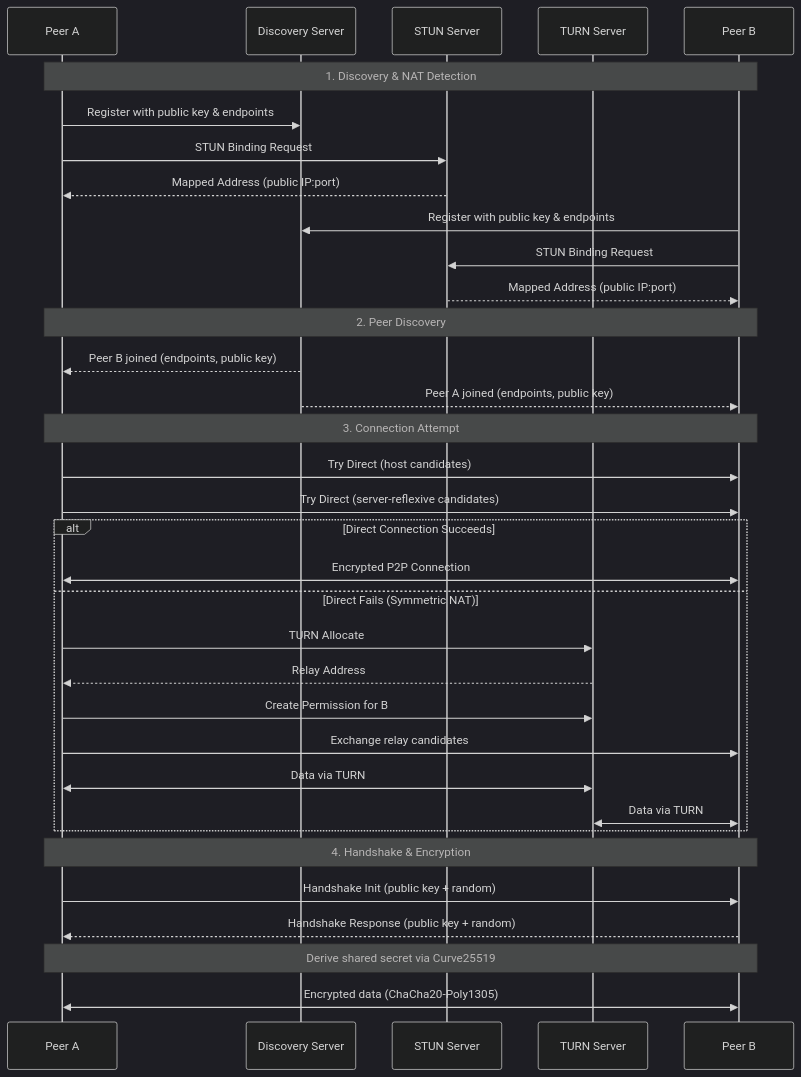
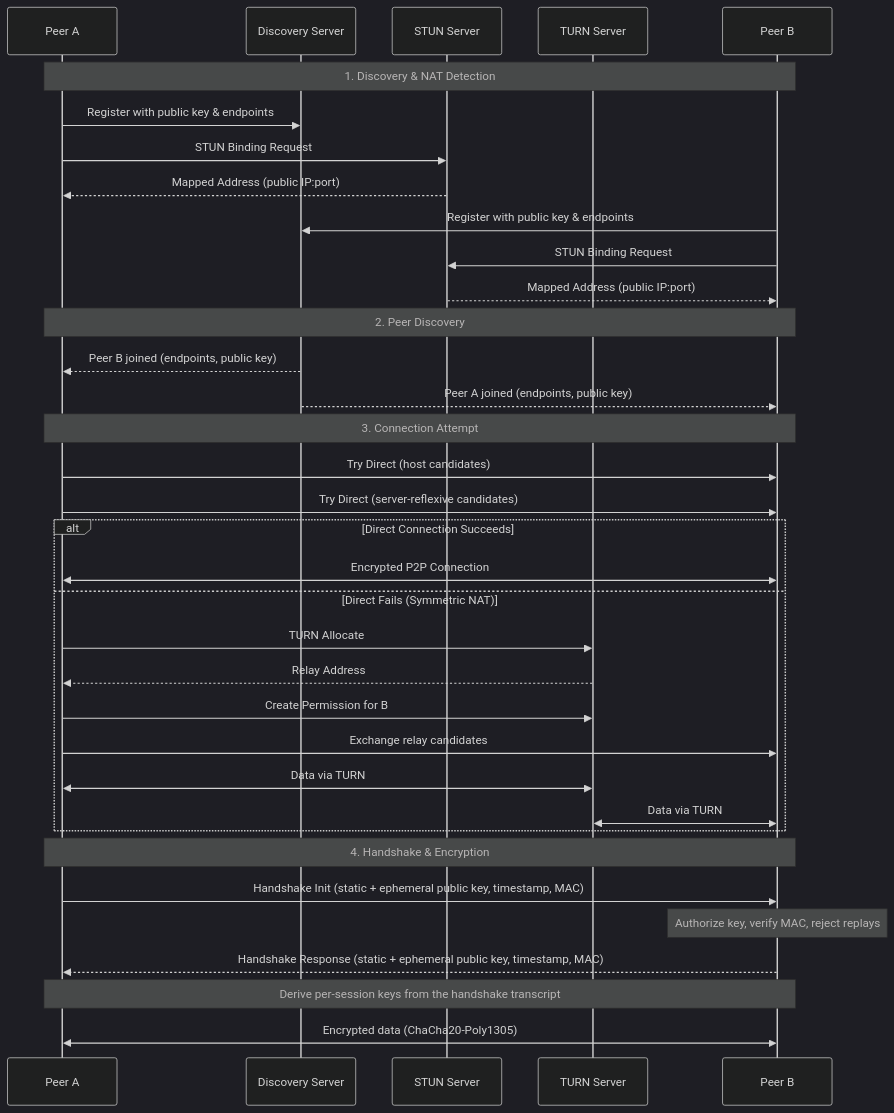
One commit to rennerdo30/bifrost-proxy changed the second of 10 diagrams in docs/src/content/docs/mesh-networking.mdx. Above: the diagram before and after it, drawn with Mermaid (dark theme). The commit also changed other lines of this file and 12 other files, not shown here.

First line of the commit message:
fix(p2p): authenticate mesh handshakes, reject handshake replay, revoke departed peers (#279)

````diff
--- a/docs/src/content/docs/mesh-networking.mdx
+++ b/docs/src/content/docs/mesh-networking.mdx
@@ -78,41 +78,42 @@
 ```mermaid
 sequenceDiagram
     participant A as Peer A
     participant D as Discovery Server
     participant S as STUN Server
     participant T as TURN Server
     participant B as Peer B
 
     Note over A,B: 1. Discovery & NAT Detection
     A->>D: Register with public key & endpoints
     A->>S: STUN Binding Request
     S-->>A: Mapped Address (public IP:port)
     B->>D: Register with public key & endpoints
     B->>S: STUN Binding Request
     S-->>B: Mapped Address (public IP:port)
 
     Note over A,B: 2. Peer Discovery
     D-->>A: Peer B joined (endpoints, public key)
     D-->>B: Peer A joined (endpoints, public key)
 
     Note over A,B: 3. Connection Attempt
     A->>B: Try Direct (host candidates)
     A->>B: Try Direct (server-reflexive candidates)
 
     alt Direct Connection Succeeds
         A<<->>B: Encrypted P2P Connection
     else Direct Fails (Symmetric NAT)
         A->>T: TURN Allocate
         T-->>A: Relay Address
         A->>T: Create Permission for B
         A->>B: Exchange relay candidates
         A<<->>T: Data via TURN
         T<<->>B: Data via TURN
     end
 
     Note over A,B: 4. Handshake & Encryption
-    A->>B: Handshake Init (public key + random)
-    B-->>A: Handshake Response (public key + random)
-    Note over A,B: Derive shared secret via Curve25519
+    A->>B: Handshake Init (static + ephemeral public key, timestamp, MAC)
+    Note over B: Authorize key, verify MAC, reject replays
+    B-->>A: Handshake Response (static + ephemeral public key, timestamp, MAC)
+    Note over A,B: Derive per-session keys from the handshake transcript
     A<<->>B: Encrypted data (ChaCha20-Poly1305)
 ```
````
